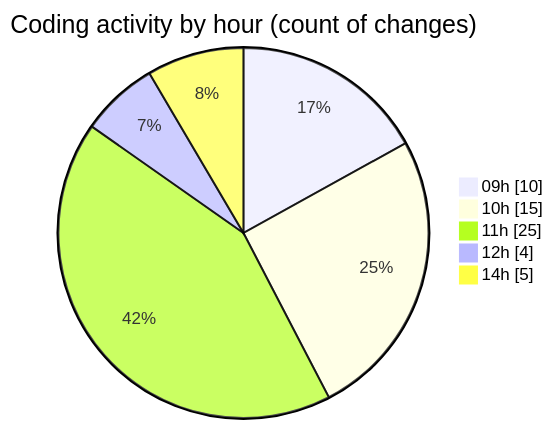
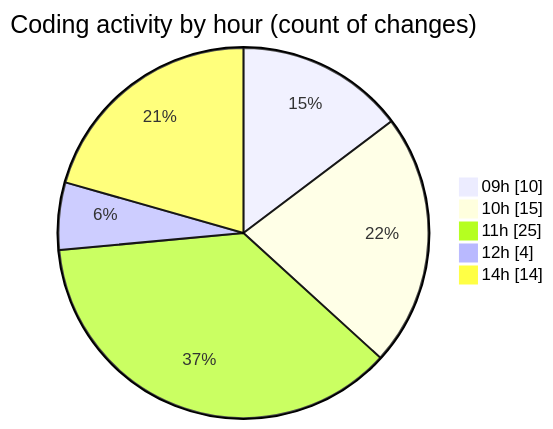
Before and after one commit to MatusMokan/code-tracking: the second of 2 diagrams in 2025-03-21/myws__workspace_/README.md, drawn with Mermaid. The commit also changed other lines of this file and 1 other file, not shown here.

````diff
--- a/2025-03-21/myws__workspace_/README.md
+++ b/2025-03-21/myws__workspace_/README.md
@@ -33,9 +33,9 @@
 ```mermaid
 pie showData
 title Coding activity by hour (count of changes)
 "09h" : 10
 "10h" : 15
 "11h" : 25
 "12h" : 4
-"14h" : 5
+"14h" : 14
 ```
````
